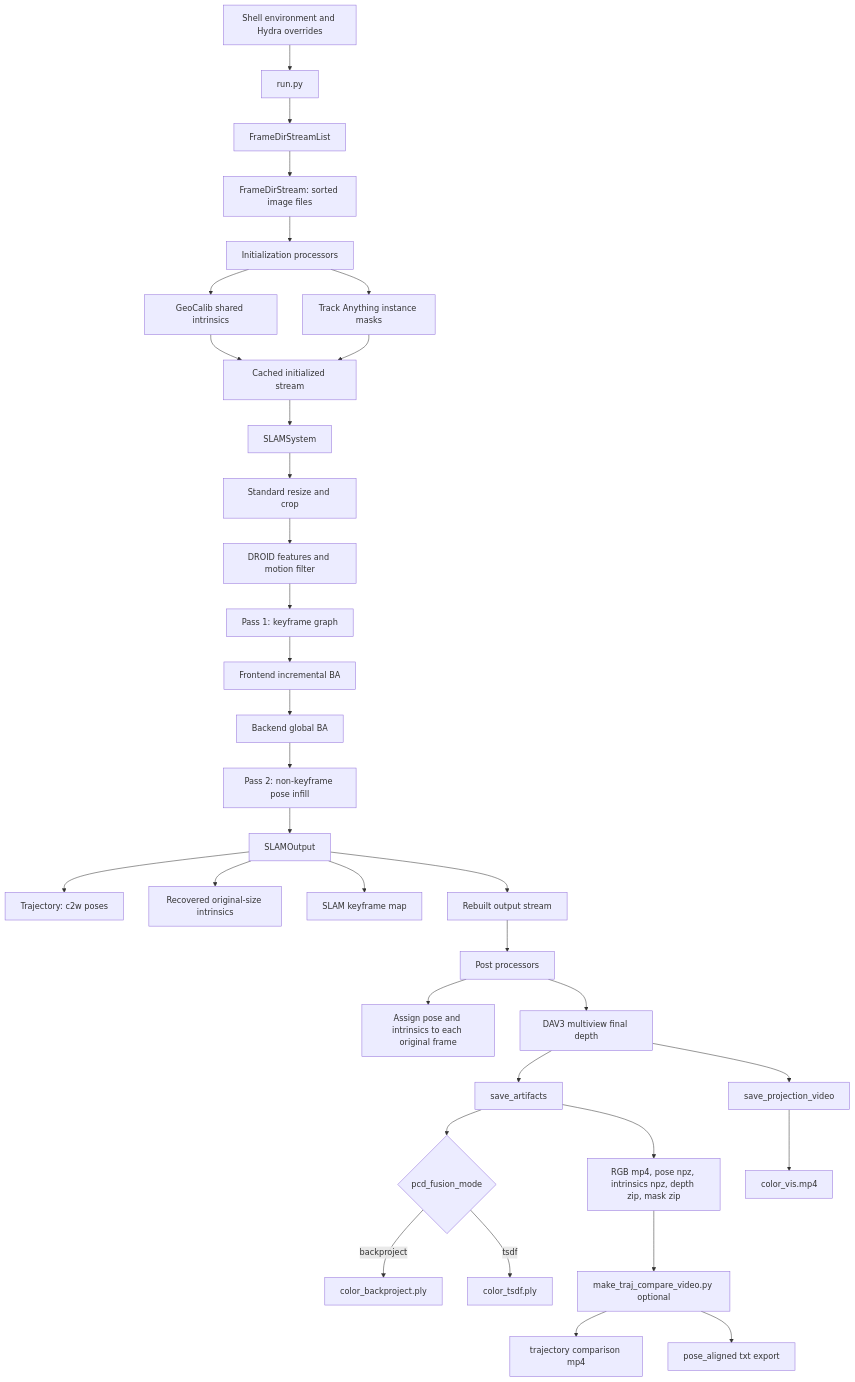
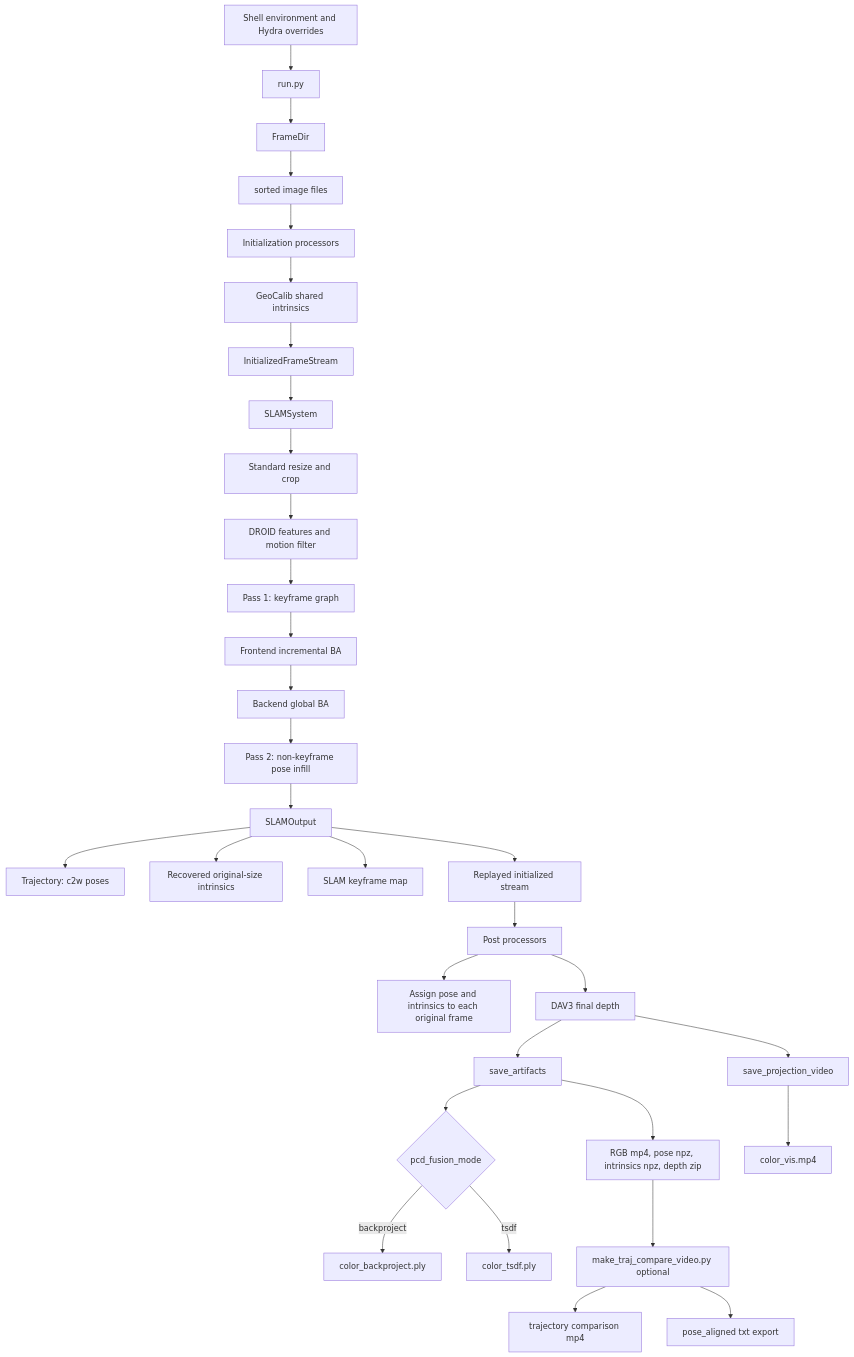
One commit to sadanand1120/vipe changed the first of 13 diagrams in fullexplain.md. Above: the diagram before and after it, drawn with Mermaid. The commit also changed other lines of this file and 85 other files, not shown here.

````diff
--- a/fullexplain.md
+++ b/fullexplain.md
@@ -39,36 +39,34 @@
 ```mermaid
 flowchart TD
     A[Shell environment and Hydra overrides] --> B[run.py]
-    B --> C[FrameDirStreamList]
-    C --> D[FrameDirStream: sorted image files]
+    B --> C[FrameDir]
+    C --> D[sorted image files]
     D --> E[Initialization processors]
     E --> E1[GeoCalib shared intrinsics]
-    E --> E2[Track Anything instance masks]
-    E1 --> F[Cached initialized stream]
-    E2 --> F
+    E1 --> F[InitializedFrameStream]
     F --> G[SLAMSystem]
     G --> G1[Standard resize and crop]
     G1 --> G2[DROID features and motion filter]
     G2 --> G3[Pass 1: keyframe graph]
     G3 --> G4[Frontend incremental BA]
     G4 --> G5[Backend global BA]
     G5 --> G6[Pass 2: non-keyframe pose infill]
     G6 --> H[SLAMOutput]
     H --> H1[Trajectory: c2w poses]
     H --> H2[Recovered original-size intrinsics]
     H --> H3[SLAM keyframe map]
-    H --> I[Rebuilt output stream]
+    H --> I[Replayed initialized stream]
     I --> J[Post processors]
     J --> J1[Assign pose and intrinsics to each original frame]
-    J --> J2[DAV3 multiview final depth]
+    J --> J2[DAV3 final depth]
     J2 --> K[save_artifacts]
-    K --> K1[RGB mp4, pose npz, intrinsics npz, depth zip, mask zip]
+    K --> K1[RGB mp4, pose npz, intrinsics npz, depth zip]
     K --> K2{pcd_fusion_mode}
     K2 -->|backproject| K3[color_backproject.ply]
     K2 -->|tsdf| K4[color_tsdf.ply]
     J2 --> L[save_projection_video]
     L --> M[color_vis.mp4]
     K1 --> N[make_traj_compare_video.py optional]
     N --> N1[trajectory comparison mp4]
     N --> N2[pose_aligned txt export]
 ```
````
